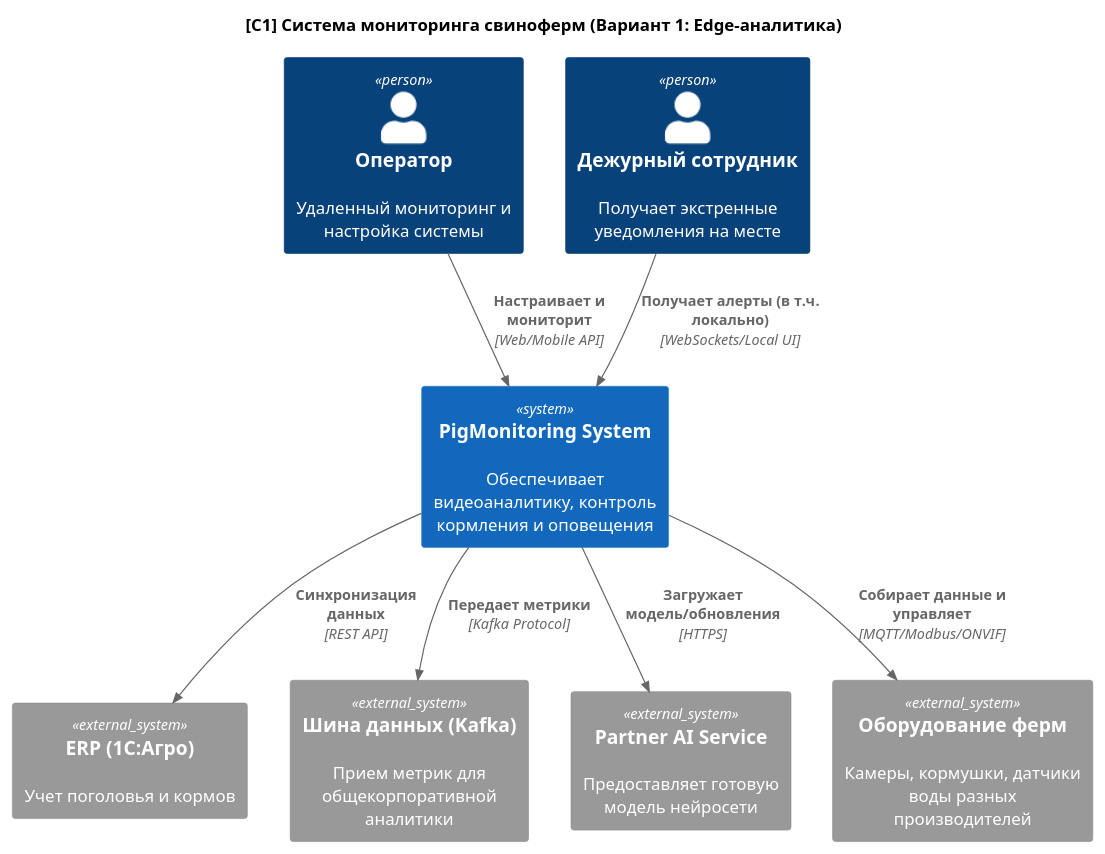
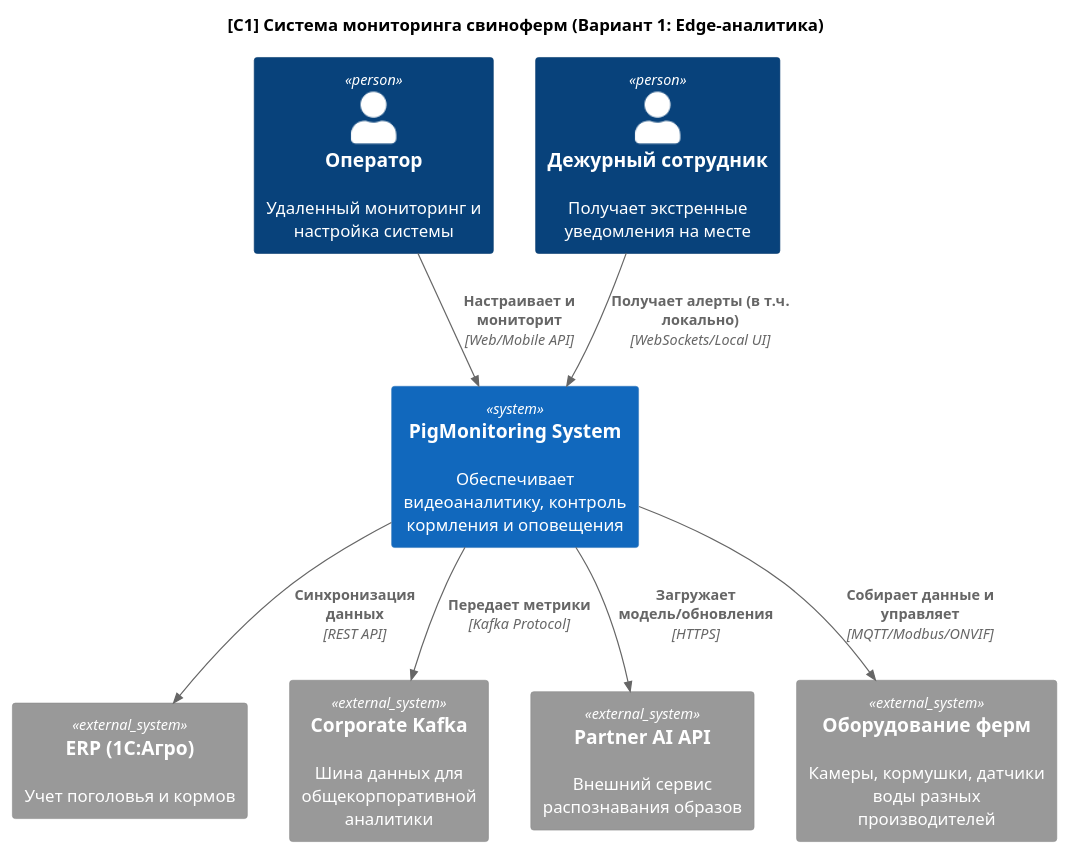
The diagram in Task 1/solution_v1.puml (almiso/MSA-AgroTech), drawn with PlantUML before and after one commit. The commit also changed 4 other files, not shown here.

```diff
--- a/Task 1/solution_v1.puml
+++ b/Task 1/solution_v1.puml
@@ -1,25 +1,25 @@
 @startuml
 !include https://raw.githubusercontent.com/plantuml-stdlib/C4-PlantUML/master/C4_Context.puml
 
 title [C1] Система мониторинга свиноферм (Вариант 1: Edge-аналитика)
 
 ' === Участники ===
 Person(operator, "Оператор", "Удаленный мониторинг и настройка системы")
 Person(worker, "Дежурный сотрудник", "Получает экстренные уведомления на месте")
 
 System(pig_system, "PigMonitoring System", "Обеспечивает видеоаналитику, контроль кормления и оповещения")
 
 System_Ext(erp, "ERP (1С:Агро)", "Учет поголовья и кормов")
-System_Ext(kafka, "Шина данных (Kafka)", "Прием метрик для общекорпоративной аналитики")
-System_Ext(ai_model, "Partner AI Service", "Предоставляет готовую модель нейросети")
+System_Ext(kafka, "Corporate Kafka", "Шина данных для общекорпоративной аналитики")
+System_Ext(ai_model, "Partner AI API", "Внешний сервис распознавания образов")
 System_Ext(hardware, "Оборудование ферм", "Камеры, кормушки, датчики воды разных производителей")
 
 Rel(operator, pig_system, "Настраивает и мониторит", "Web/Mobile API")
 Rel(worker, pig_system, "Получает алерты (в т.ч. локально)", "WebSockets/Local UI")
 
 Rel(pig_system, hardware, "Собирает данные и управляет", "MQTT/Modbus/ONVIF")
 Rel(pig_system, ai_model, "Загружает модель/обновления", "HTTPS")
 Rel(pig_system, erp, "Синхронизация данных", "REST API")
 Rel(pig_system, kafka, "Передает метрики", "Kafka Protocol")
 
 @enduml
```
